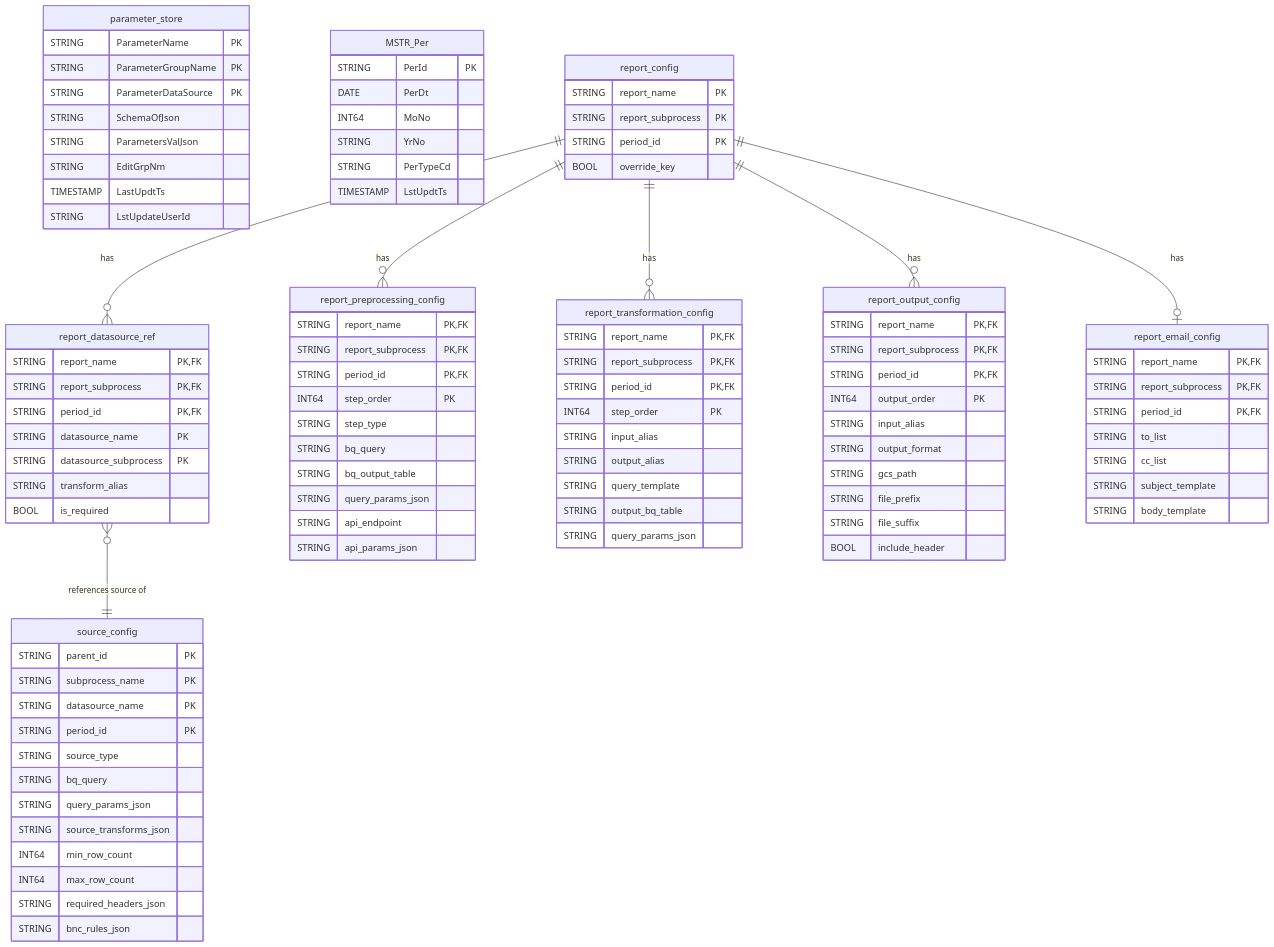
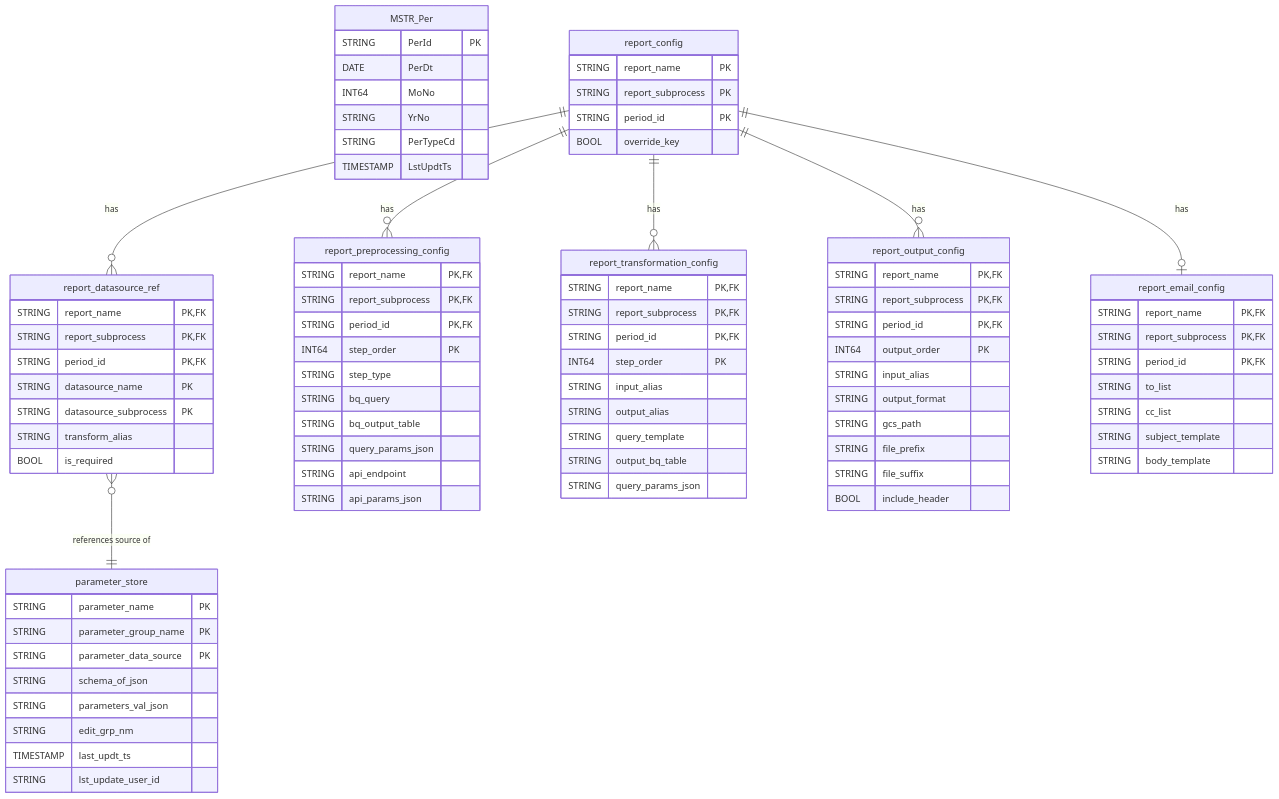
Diagram 11 of 13 in WALKTHROUGH.md (tushark-16bit/beam_framework), drawn with Mermaid before and after one commit. The commit also changed other lines of this file and 10 other files, not shown here.

First line of the commit message:
Rename parameter_store columns to lower_snake_case and change default dataset to dw

````diff
--- a/WALKTHROUGH.md
+++ b/WALKTHROUGH.md
@@ -538,14 +538,14 @@
 ```mermaid
 erDiagram
     parameter_store {
-        STRING ParameterName PK
-        STRING ParameterGroupName PK
-        STRING ParameterDataSource PK
-        STRING SchemaOfJson
-        STRING ParametersValJson
-        STRING EditGrpNm
-        TIMESTAMP LastUpdtTs
-        STRING LstUpdateUserId
+        STRING parameter_name PK
+        STRING parameter_group_name PK
+        STRING parameter_data_source PK
+        STRING schema_of_json
+        STRING parameters_val_json
+        STRING edit_grp_nm
+        TIMESTAMP last_updt_ts
+        STRING lst_update_user_id
     }
 
     MSTR_Per {
@@ -555,21 +555,6 @@
         STRING YrNo
         STRING PerTypeCd
         TIMESTAMP LstUpdtTs
-    }
-
-    source_config {
-        STRING parent_id PK
-        STRING subprocess_name PK
-        STRING datasource_name PK
-        STRING period_id PK
-        STRING source_type
-        STRING bq_query
-        STRING query_params_json
-        STRING source_transforms_json
-        INT64 min_row_count
-        INT64 max_row_count
-        STRING required_headers_json
-        STRING bnc_rules_json
     }
 
     report_config {
@@ -642,5 +627,5 @@
     report_config ||--o{ report_transformation_config : "has"
     report_config ||--o{ report_output_config : "has"
     report_config ||--o| report_email_config : "has"
-    report_datasource_ref }o--|| source_config : "references source of"
+    report_datasource_ref }o--|| parameter_store : "references source of"
 ```
````
